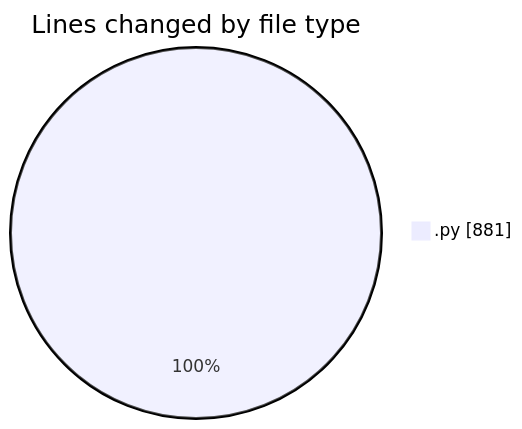
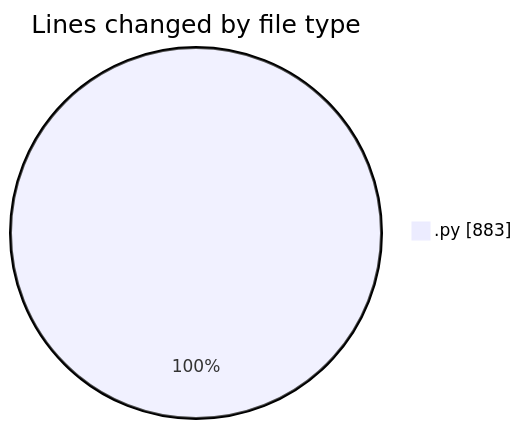
One commit to julien-gomy/code-tracking changed the first of 2 diagrams in 2025-10-22/eventscop-api-guide__workspace_/README.md. Above: the diagram before and after it, drawn with Mermaid. The commit also changed other lines of this file and 1 other file, not shown here.

````diff
--- a/2025-10-22/eventscop-api-guide__workspace_/README.md
+++ b/2025-10-22/eventscop-api-guide__workspace_/README.md
@@ -36,5 +36,5 @@
 ```mermaid
 pie showData
 title Lines changed by file type
-".py" : 881
+".py" : 883
 ```
````
